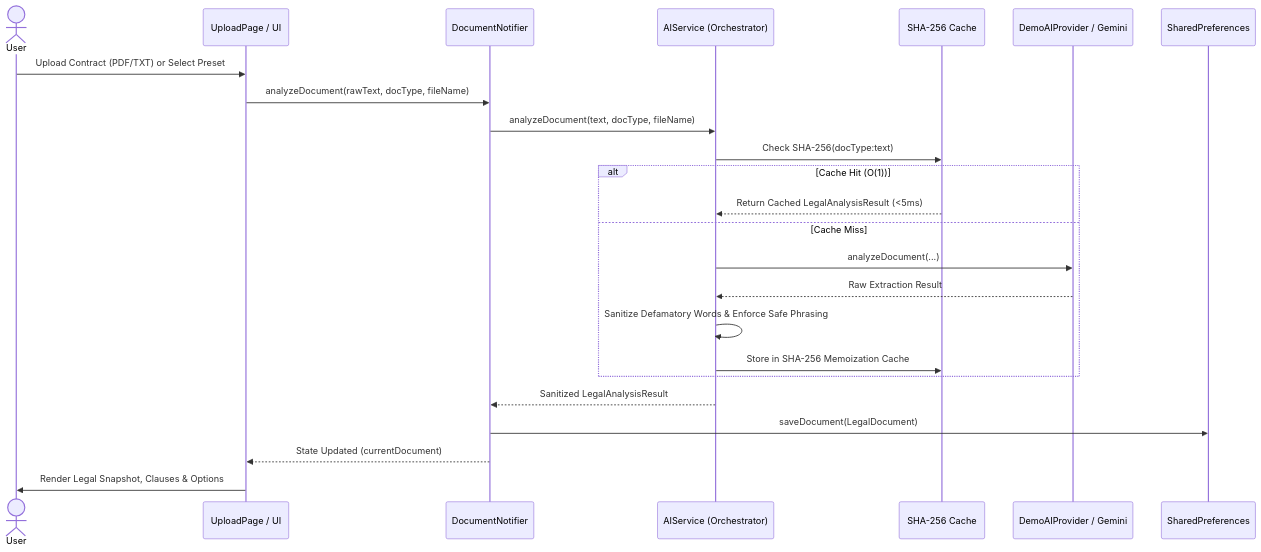
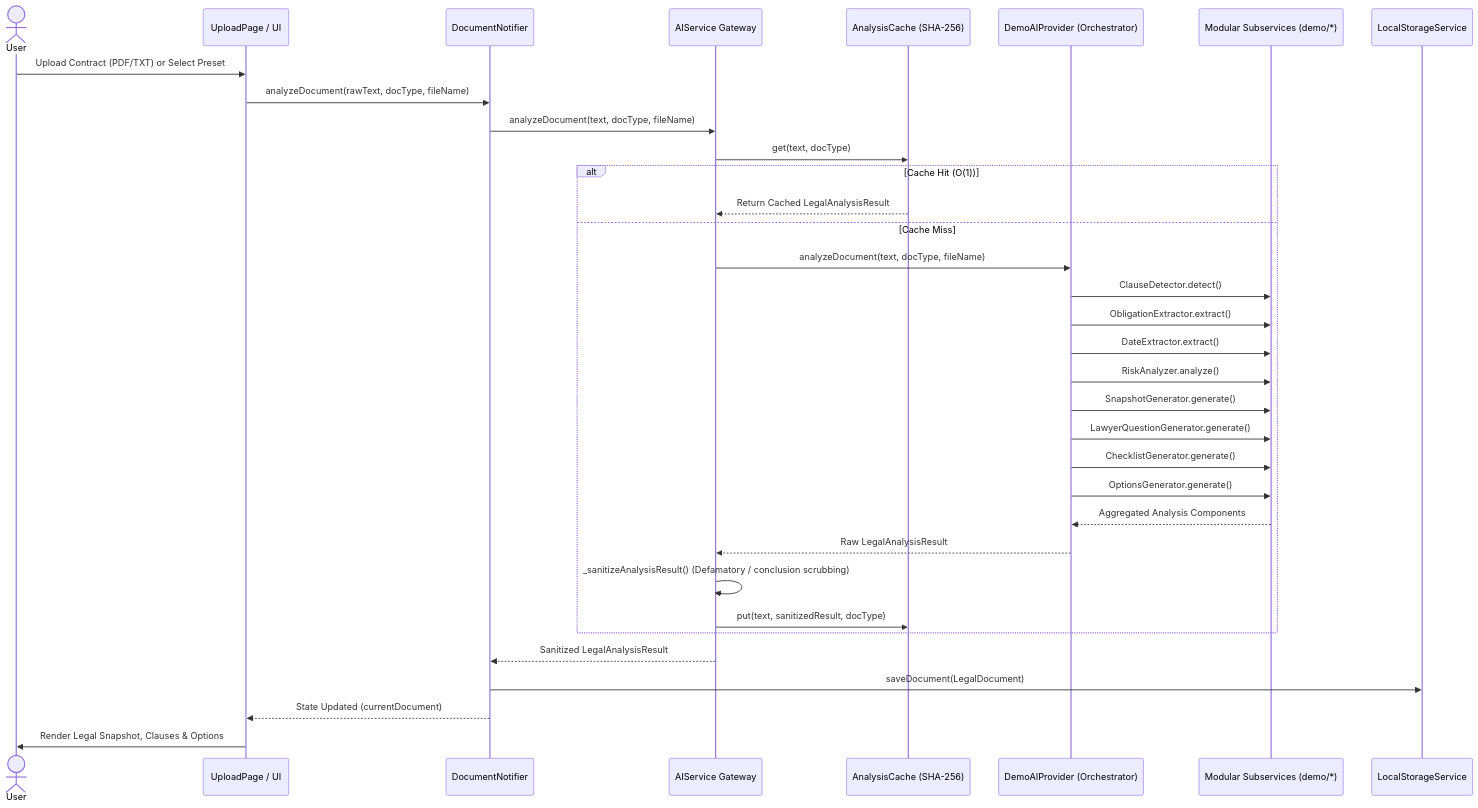
One commit to patelmeet12/LegalLens-AI-Hackathon-Evaluation-Scorecard changed the diagram in ARCHITECTURE.md. Above: the diagram before and after it, drawn with Mermaid. The commit also changed other lines of this file and 34 other files, not shown here.

Commit message:
feat(attempt-3): complete engineering upgrade - modular demo AI, SHA-256 analysis cache, expanded 151-test suite, and evidence scorecard

````diff
--- a/ARCHITECTURE.md
+++ b/ARCHITECTURE.md
@@ -60,27 +76,37 @@
 ```mermaid
 sequenceDiagram
     actor User
     participant UI as UploadPage / UI
     participant Riverpod as DocumentNotifier
-    participant AIService as AIService (Orchestrator)
-    participant Cache as SHA-256 Cache
-    participant Provider as DemoAIProvider / Gemini
-    participant Storage as SharedPreferences
+    participant AIService as AIService Gateway
+    participant Cache as AnalysisCache (SHA-256)
+    participant Orchestrator as DemoAIProvider (Orchestrator)
+    participant Subservices as Modular Subservices (demo/*)
+    participant Storage as LocalStorageService
 
     User->>UI: Upload Contract (PDF/TXT) or Select Preset
     UI->>Riverpod: analyzeDocument(rawText, docType, fileName)
     Riverpod->>AIService: analyzeDocument(text, docType, fileName)
-    AIService->>Cache: Check SHA-256(docType:text)
+    AIService->>Cache: get(text, docType)
     alt Cache Hit (O(1))
-        Cache-->>AIService: Return Cached LegalAnalysisResult (<5ms)
+        Cache-->>AIService: Return Cached LegalAnalysisResult
     else Cache Miss
-        AIService->>Provider: analyzeDocument(...)
-        Provider-->>AIService: Raw Extraction Result
-        AIService->>AIService: Sanitize Defamatory Words & Enforce Safe Phrasing
-        AIService->>Cache: Store in SHA-256 Memoization Cache
+        AIService->>Orchestrator: analyzeDocument(text, docType, fileName)
+        Orchestrator->>Subservices: ClauseDetector.detect()
+        Orchestrator->>Subservices: ObligationExtractor.extract()
+        Orchestrator->>Subservices: DateExtractor.extract()
+        Orchestrator->>Subservices: RiskAnalyzer.analyze()
+        Orchestrator->>Subservices: SnapshotGenerator.generate()
+        Orchestrator->>Subservices: LawyerQuestionGenerator.generate()
+        Orchestrator->>Subservices: ChecklistGenerator.generate()
+        Orchestrator->>Subservices: OptionsGenerator.generate()
+        Subservices-->>Orchestrator: Aggregated Analysis Components
+        Orchestrator-->>AIService: Raw LegalAnalysisResult
+        AIService->>AIService: _sanitizeAnalysisResult() (Defamatory / conclusion scrubbing)
+        AIService->>Cache: put(text, sanitizedResult, docType)
     end
     AIService-->>Riverpod: Sanitized LegalAnalysisResult
     Riverpod->>Storage: saveDocument(LegalDocument)
     Riverpod-->>UI: State Updated (currentDocument)
     UI->>User: Render Legal Snapshot, Clauses & Options
 ```
````
